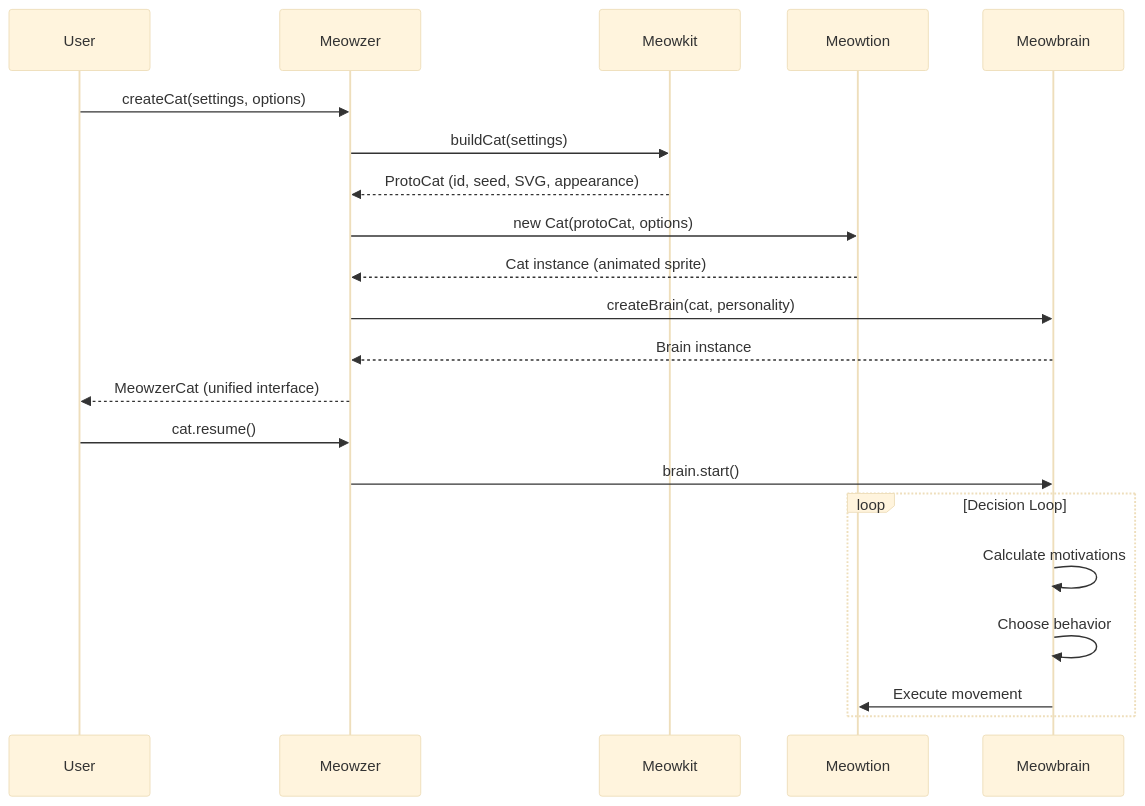
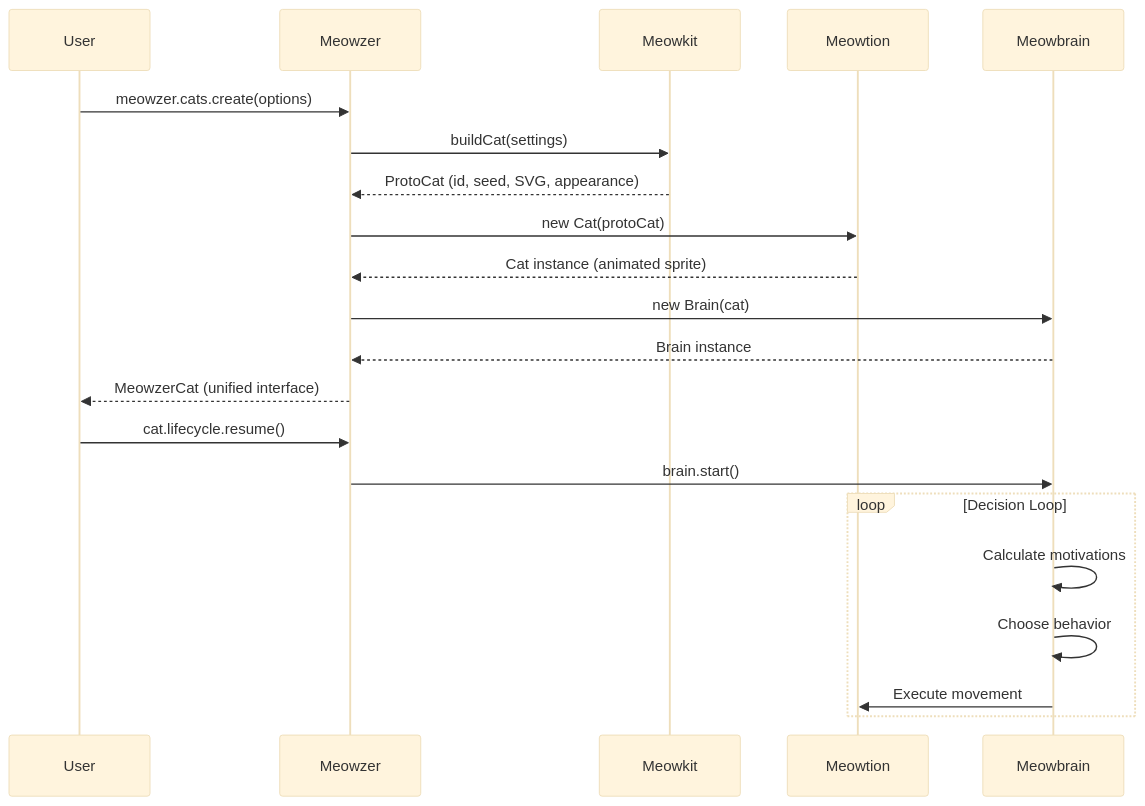
Before and after one commit to KyleBlankRollins/meowzer: the second of 2 diagrams in README.md, drawn with Mermaid (base theme). The commit also changed other lines of this file and 11 other files, not shown here.

````diff
--- a/README.md
+++ b/README.md
@@ -149,29 +148,29 @@
 ```mermaid
 sequenceDiagram
     participant User
     participant Meowzer
     participant Meowkit
     participant Meowtion
     participant Meowbrain
 
-    User->>Meowzer: createCat(settings, options)
+    User->>Meowzer: meowzer.cats.create(options)
     Meowzer->>Meowkit: buildCat(settings)
     Meowkit-->>Meowzer: ProtoCat (id, seed, SVG, appearance)
 
-    Meowzer->>Meowtion: new Cat(protoCat, options)
+    Meowzer->>Meowtion: new Cat(protoCat)
     Meowtion-->>Meowzer: Cat instance (animated sprite)
 
-    Meowzer->>Meowbrain: createBrain(cat, personality)
+    Meowzer->>Meowbrain: new Brain(cat)
     Meowbrain-->>Meowzer: Brain instance
 
     Meowzer-->>User: MeowzerCat (unified interface)
 
-    User->>Meowzer: cat.resume()
+    User->>Meowzer: cat.lifecycle.resume()
     Meowzer->>Meowbrain: brain.start()
 
     loop Decision Loop
         Meowbrain->>Meowbrain: Calculate motivations
         Meowbrain->>Meowbrain: Choose behavior
         Meowbrain->>Meowtion: Execute movement
     end
 ```
````
